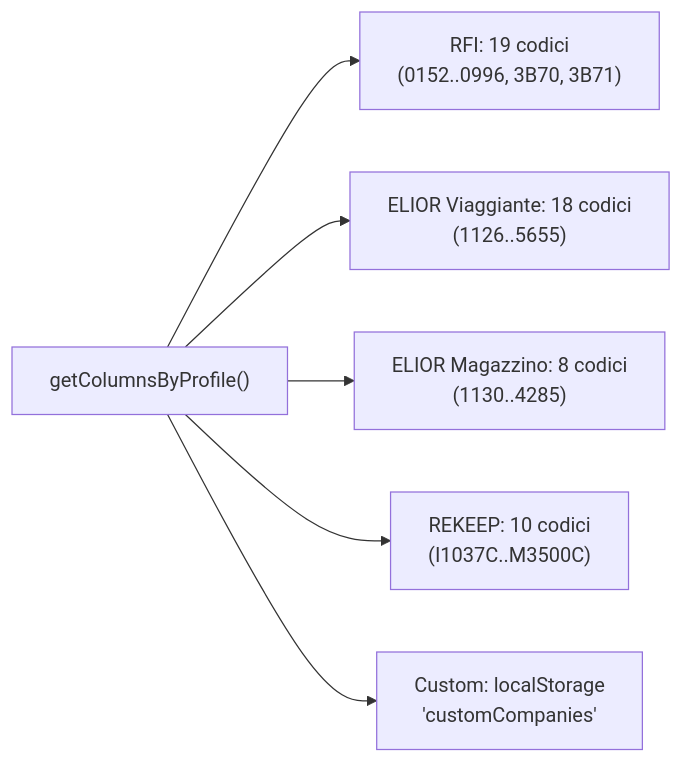
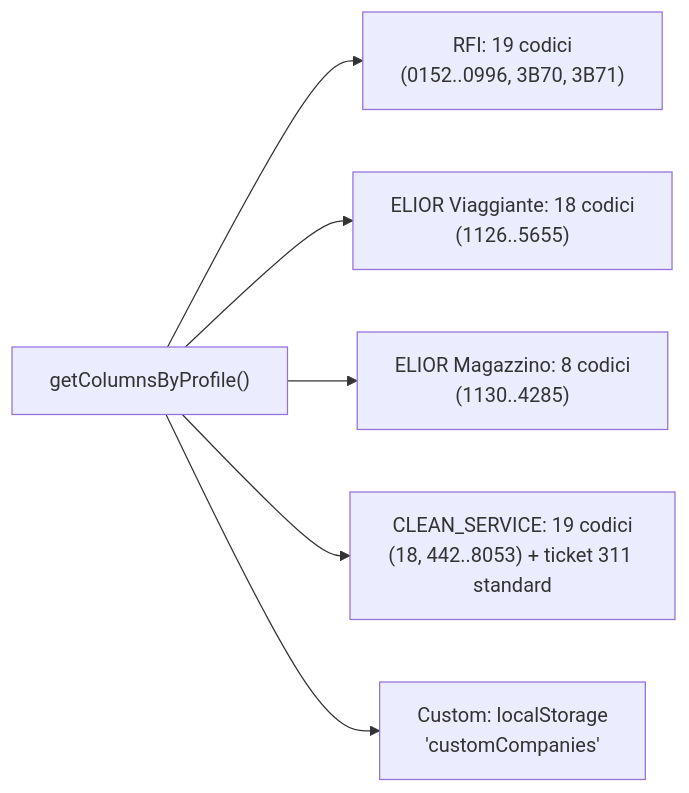
Before and after one commit to francescopiomirizzi-max/payslip-scanner: the second of 2 diagrams in project_health_report.md, drawn with Mermaid. The commit also changed other lines of this file and 35 other files, not shown here.

Commit message:
feat: completato refactoring Dynamic Island, aggiunto profilo Clean Service SRL e risolto bug OCR includes

````diff
--- a/project_health_report.md
+++ b/project_health_report.md
@@ -113,8 +113,8 @@
 ```mermaid
 graph LR
     A["getColumnsByProfile()"] --> B["RFI: 19 codici<br/>(0152..0996, 3B70, 3B71)"]
     A --> C["ELIOR Viaggiante: 18 codici<br/>(1126..5655)"]
     A --> D["ELIOR Magazzino: 8 codici<br/>(1130..4285)"]
-    A --> E["REKEEP: 10 codici<br/>(I1037C..M3500C)"]
+    A --> E["CLEAN_SERVICE: 19 codici<br/>(18, 442..8053) + ticket 311 standard"]
     A --> F["Custom: localStorage<br/>'customCompanies'"]
 ```
````
